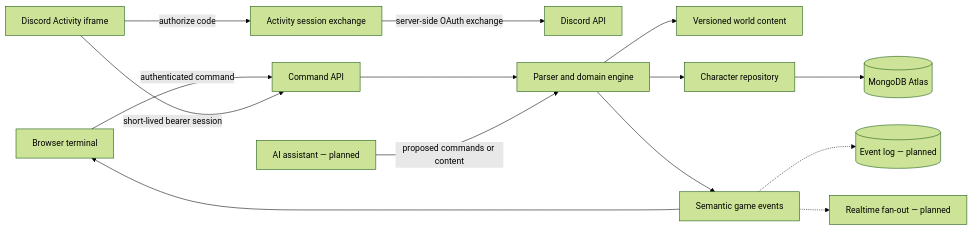
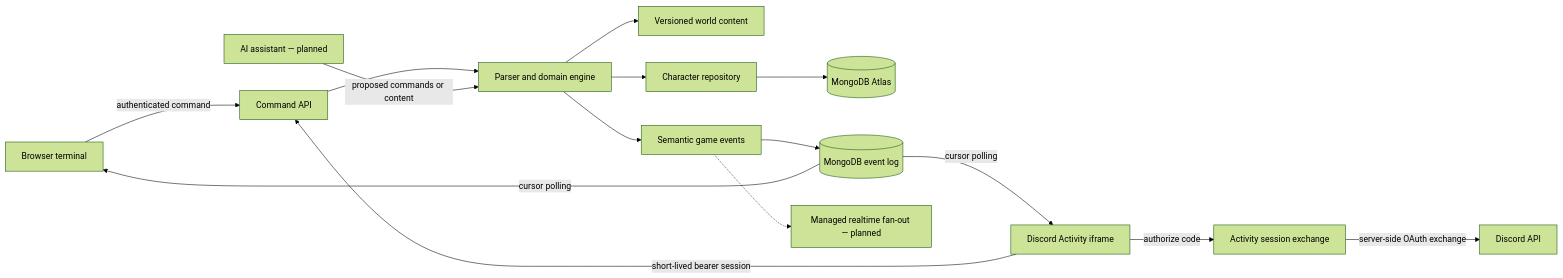
Before and after one commit to BrianDLawrence/mud: the diagram in docs/ARCHITECTURE.md, drawn with Mermaid (forest theme). The commit also changed other lines of this file and 14 other files, not shown here.

````diff
--- a/docs/ARCHITECTURE.md
+++ b/docs/ARCHITECTURE.md
@@ -9,16 +9,17 @@
 ```mermaid
 flowchart LR
   P["Browser terminal"] -->|"authenticated command"| A["Command API"]
   D["Discord Activity iframe"] -->|"short-lived bearer session"| A
   D -->|"authorize code"| X["Activity session exchange"]
   X -->|"server-side OAuth exchange"| DC["Discord API"]
   A --> E["Parser and domain engine"]
   E --> C["Versioned world content"]
   E --> R["Character repository"]
   R --> M[("MongoDB Atlas")]
   E --> O["Semantic game events"]
-  O --> P
-  O -.-> L[("Event log — planned")]
-  O -.-> B["Realtime fan-out — planned"]
+  O --> L[("MongoDB event log")]
+  L -->|"cursor polling"| P
+  L -->|"cursor polling"| D
+  O -.-> B["Managed realtime fan-out — planned"]
   AI["AI assistant — planned"] -->|"proposed commands or content"| E
 ```
````
